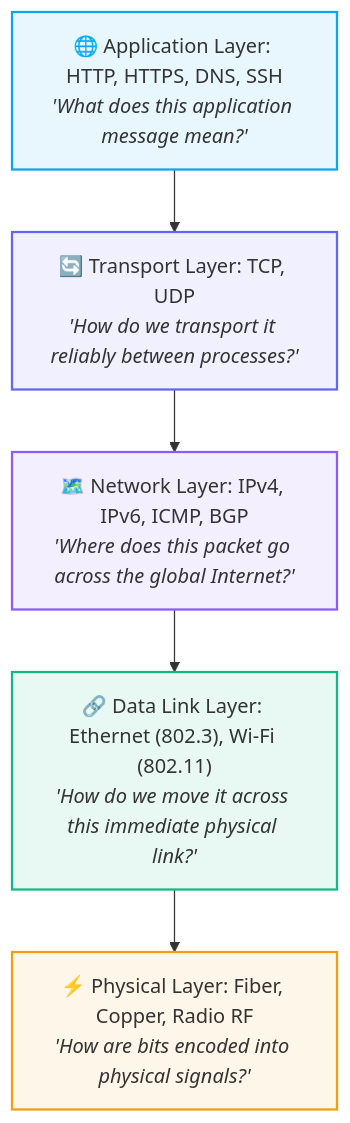
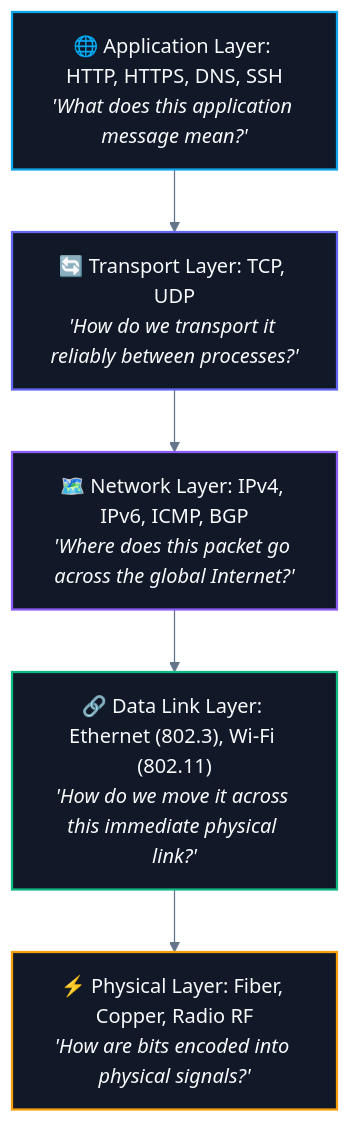
The second of 2 diagrams in CS/Computer Networking/02. Data Flow & Encapsulation/01. Network Protocols and Standards.md (abhinavbharti2345/CS_Notes), drawn with Mermaid before and after one commit. The commit also changed other lines of this file and 195 other files, not shown here.

````diff
--- a/CS/Computer Networking/02. Data Flow & Encapsulation/01. Network Protocols and Standards.md
+++ b/CS/Computer Networking/02. Data Flow & Encapsulation/01. Network Protocols and Standards.md
@@ -73,22 +74,23 @@
 ```mermaid
+%%{init: {'theme': 'base', 'themeVariables': { 'darkMode': true, 'background': '#0B0F14', 'mainBkg': '#111827', 'primaryColor': '#111827', 'primaryTextColor': '#F8FAFC', 'primaryBorderColor': '#38BDF8', 'lineColor': '#64748B', 'secondaryColor': '#0B0F14', 'tertiaryColor': '#0B0F14', 'clusterBkg': '#0B0F14', 'clusterBorder': '#38BDF8' }}}%%
 flowchart TD
     L5["🌐 Application Layer: HTTP, HTTPS, DNS, SSH<br/><i>'What does this application message mean?'</i>"]
     L4["🔄 Transport Layer: TCP, UDP<br/><i>'How do we transport it reliably between processes?'</i>"]
     L3["🗺️ Network Layer: IPv4, IPv6, ICMP, BGP<br/><i>'Where does this packet go across the global Internet?'</i>"]
     L2["🔗 Data Link Layer: Ethernet (802.3), Wi-Fi (802.11)<br/><i>'How do we move it across this immediate physical link?'</i>"]
     L1["⚡ Physical Layer: Fiber, Copper, Radio RF<br/><i>'How are bits encoded into physical signals?'</i>"]
 
     L5 --> L4 --> L3 --> L2 --> L1
 
-    classDef l5 fill:#0ea5e918,stroke:#0ea5e9,stroke-width:1.8px;
-    classDef l4 fill:#6366f118,stroke:#6366f1,stroke-width:1.8px;
-    classDef l3 fill:#8b5cf618,stroke:#8b5cf6,stroke-width:1.8px;
-    classDef l2 fill:#10b98118,stroke:#10b981,stroke-width:1.8px;
-    classDef l1 fill:#f59e0b18,stroke:#f59e0b,stroke-width:1.8px;
+    classDef l5 fill:#111827,stroke:#0ea5e9,stroke-width:1.8px,color:#F8FAFC;
+    classDef l4 fill:#111827,stroke:#6366f1,stroke-width:1.8px,color:#F8FAFC;
+    classDef l3 fill:#111827,stroke:#8b5cf6,stroke-width:1.8px,color:#F8FAFC;
+    classDef l2 fill:#111827,stroke:#10b981,stroke-width:1.8px,color:#F8FAFC;
+    classDef l1 fill:#111827,stroke:#f59e0b,stroke-width:1.8px,color:#F8FAFC;
 
     class L5 l5;
     class L4 l4;
     class L3 l3;
     class L2 l2;
     class L1 l1;
 ```
````
